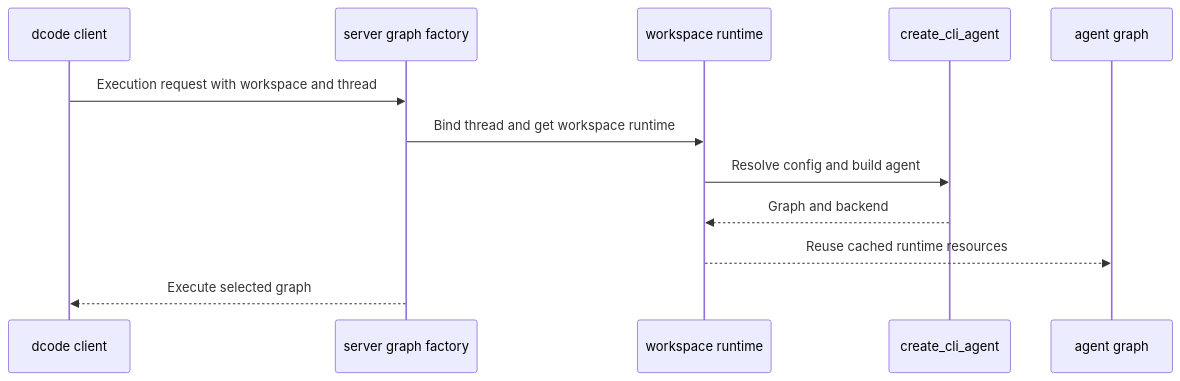
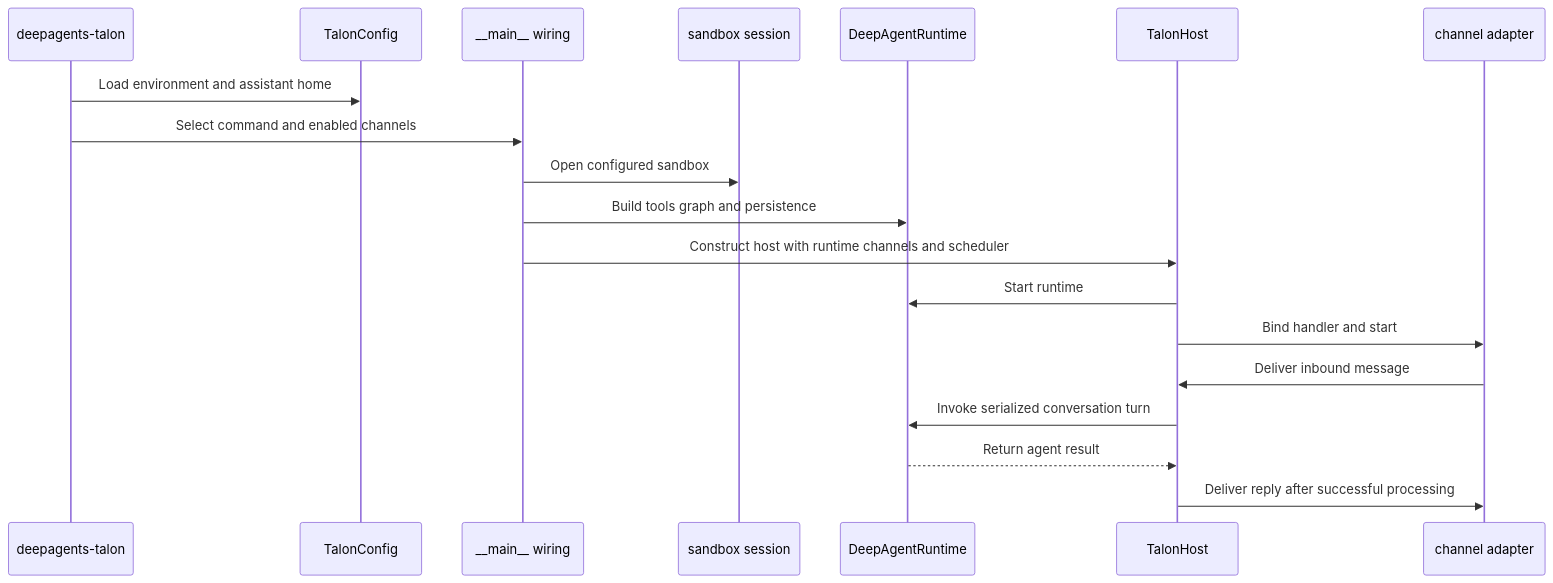
The diagram in openwiki/architecture/source-map.md (langchain-ai/deepagents), drawn with Mermaid before and after one commit. The commit also changed other lines of this file and 28 other files, not shown here.

````diff
--- a/openwiki/architecture/source-map.md
+++ b/openwiki/architecture/source-map.md
@@ -114,14 +91,21 @@
 ```mermaid
 sequenceDiagram
-  participant Client as dcode client
-  participant Factory as server graph factory
-  participant Runtime as workspace runtime
-  participant Builder as create_cli_agent
-  participant Graph as agent graph
-  Client->>Factory: Execution request with workspace and thread
-  Factory->>Runtime: Bind thread and get workspace runtime
-  Runtime->>Builder: Resolve config and build agent
-  Builder-->>Runtime: Graph and backend
-  Runtime-->>Graph: Reuse cached runtime resources
-  Factory-->>Client: Execute selected graph
+  participant CLI as deepagents-talon
+  participant Config as TalonConfig
+  participant Bootstrap as __main__ wiring
+  participant Sandbox as sandbox session
+  participant Runtime as DeepAgentRuntime
+  participant Host as TalonHost
+  participant Channel as channel adapter
+  CLI->>Config: Load environment and assistant home
+  CLI->>Bootstrap: Select command and enabled channels
+  Bootstrap->>Sandbox: Open configured sandbox
+  Bootstrap->>Runtime: Build tools graph and persistence
+  Bootstrap->>Host: Construct host with runtime channels and scheduler
+  Host->>Runtime: Start runtime
+  Host->>Channel: Bind handler and start
+  Channel->>Host: Deliver inbound message
+  Host->>Runtime: Invoke serialized conversation turn
+  Runtime-->>Host: Return agent result
+  Host->>Channel: Deliver reply after successful processing
 ```
````
